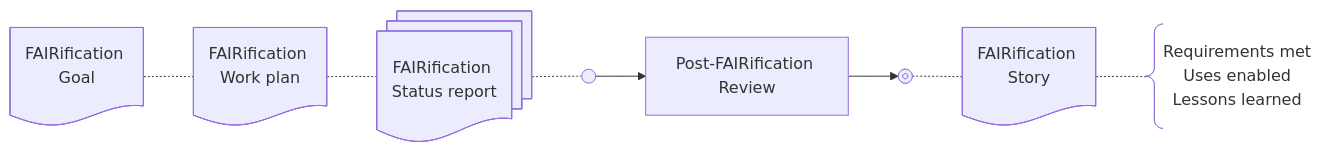
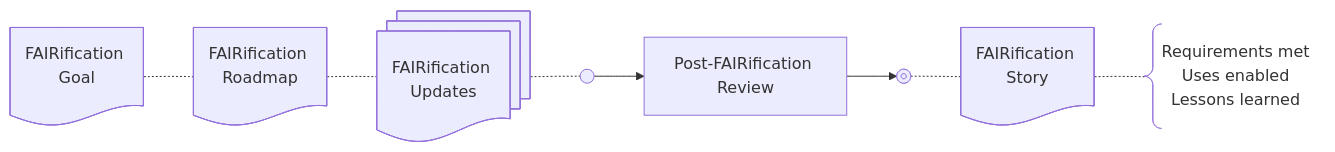
Before and after one commit to elixir-europe/interoperability_2024-26: the diagram in pages/framework/diagrams-mmd/FAIRificationProcess-menu-04.mmd, drawn with Mermaid. The commit also changed 3 other files, not shown here.

```diff
--- a/pages/framework/diagrams-mmd/FAIRificationProcess-menu-04.mmd
+++ b/pages/framework/diagrams-mmd/FAIRificationProcess-menu-04.mmd
@@ -1,20 +1,20 @@
 %%{init: {
   "markdownAutoWrap": false
 }}%%
 flowchart LR;
     A1@{ shape: doc, label: "FAIRification 
     Goal" }
     A2@{ shape: doc, label: "FAIRification 
-    Work plan" }
+    Roadmap" }
     A3@{ shape: docs, label: "FAIRification 
-    Status report" }
+    Updates" }
     start@{ shape: sm-circ, label: "Iterative FAIRification Cycles" }
     PhaseII@{ shape: process, label: "Post-FAIRification 
     Review"}
     finish@{ shape: framed-circle, label: "End" }
     B1@{ shape: doc, label: "FAIRification 
     Story" }
     B2@{ shape: brace, label: "Requirements met
     Uses enabled
     Lessons learned" }
     A1 -.- A2 -.- A3 -.- start --> PhaseII --> finish -.- B1 -.- B2
```
